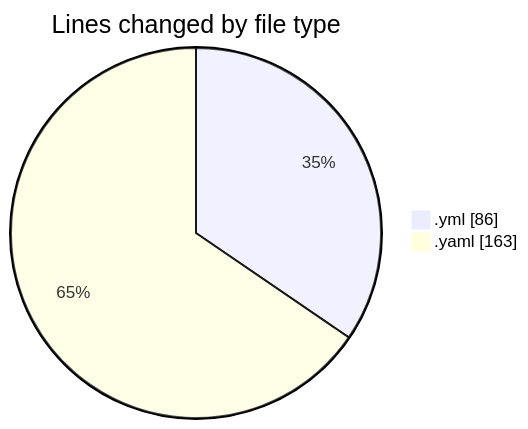
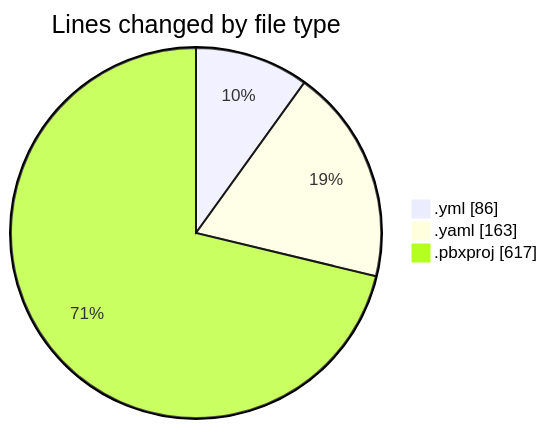
One commit to lephambinh05/code-tracking changed the first of 2 diagrams in 2025-08-08/studybuddy/README.md. Above: the diagram before and after it, drawn with Mermaid. The commit also changed other lines of this file and 1 other file, not shown here.

````diff
--- a/2025-08-08/studybuddy/README.md
+++ b/2025-08-08/studybuddy/README.md
@@ -22,6 +23,7 @@
 ```mermaid
 pie showData
 title Lines changed by file type
 ".yml" : 86
 ".yaml" : 163
+".pbxproj" : 617
 ```
````
